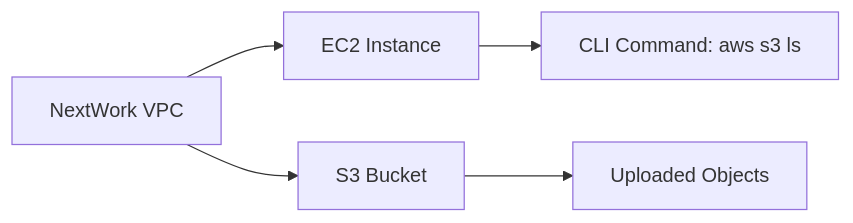
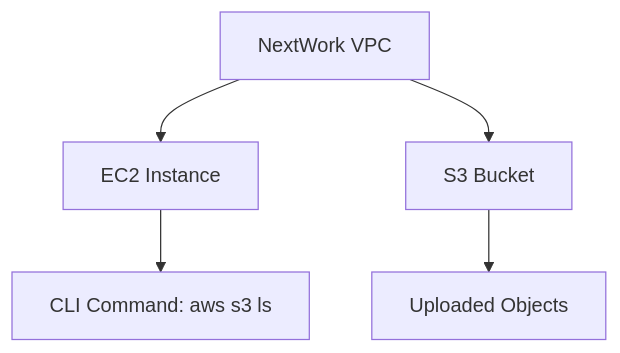
One commit to BrianKN019/AWS_Access-S3-from-a-VPC changed the diagram in README.md. Above: the diagram before and after it, drawn with Mermaid. The commit also changed other lines of this file, not shown here.

````diff
--- a/README.md
+++ b/README.md
@@ -122,7 +148,7 @@
 ```mermaid
-graph LR
+graph TD
     A[NextWork VPC] --> B[EC2 Instance]
     A --> C[S3 Bucket]
     B --> D[CLI Command: aws s3 ls]
     C --> E[Uploaded Objects]
 ```
````
